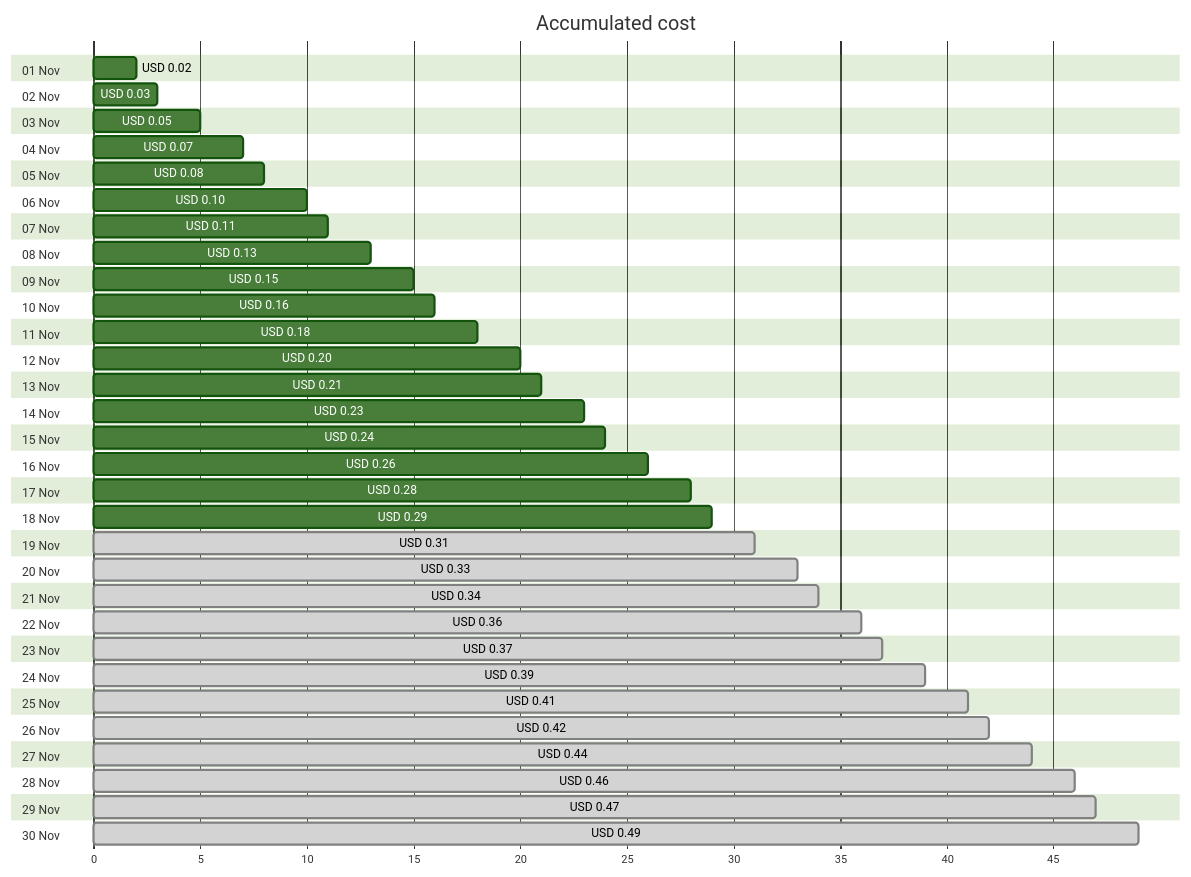
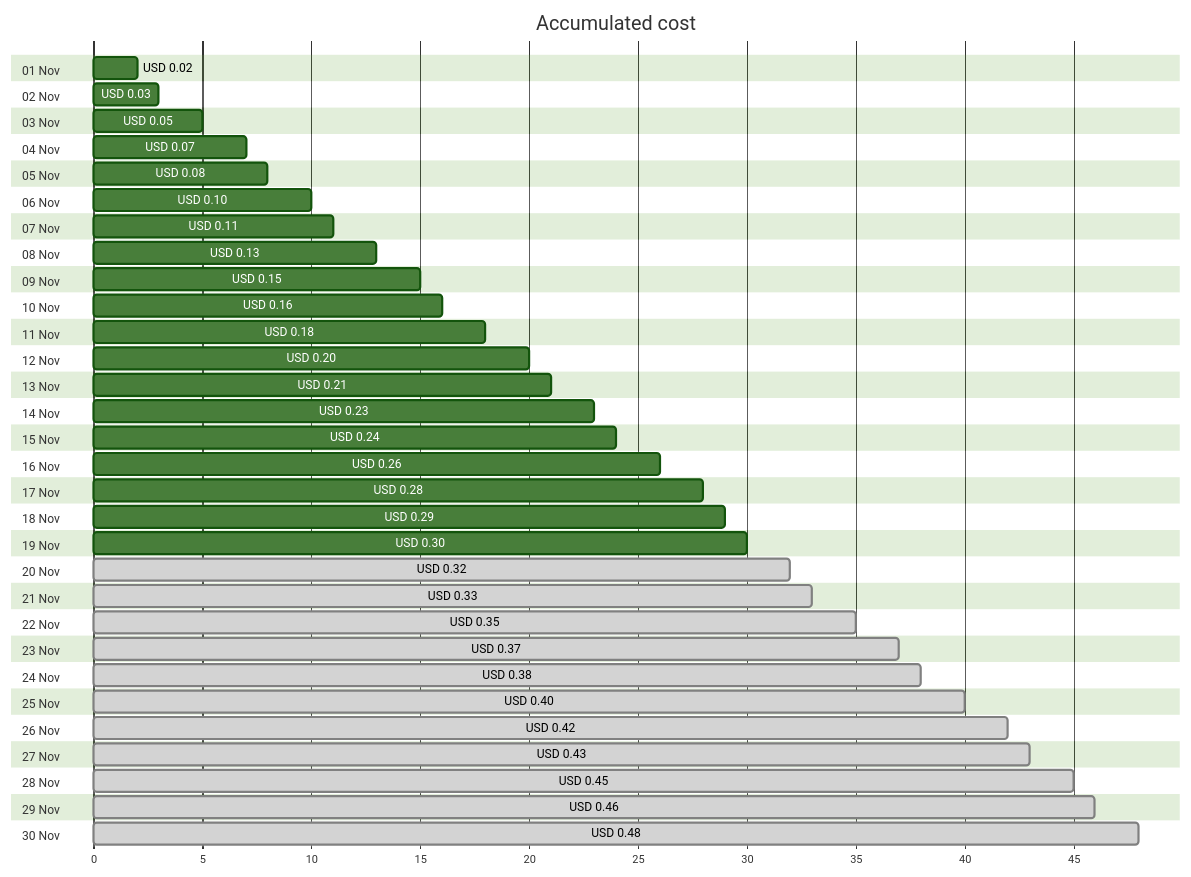
The first of 4 diagrams in cost-reports/personal-dns/jpatrickfulton.com.md (jpfulton/azure-personal-reports), drawn with Mermaid (forest theme) before and after one commit. The commit also changed other lines of this file and 2 other files, not shown here.

````diff
--- a/cost-reports/personal-dns/jpatrickfulton.com.md
+++ b/cost-reports/personal-dns/jpatrickfulton.com.md
@@ -20,66 +20,66 @@
 ```mermaid
 gantt
    title Accumulated cost
    dateFormat  X
    axisFormat %s
    section 01 Nov
    USD 0.02 :0, 2
    section 02 Nov
    USD 0.03 :0, 3
    section 03 Nov
    USD 0.05 :0, 5
    section 04 Nov
    USD 0.07 :0, 7
    section 05 Nov
    USD 0.08 :0, 8
    section 06 Nov
    USD 0.10 :0, 10
    section 07 Nov
    USD 0.11 :0, 11
    section 08 Nov
    USD 0.13 :0, 13
    section 09 Nov
    USD 0.15 :0, 15
    section 10 Nov
    USD 0.16 :0, 16
    section 11 Nov
    USD 0.18 :0, 18
    section 12 Nov
    USD 0.20 :0, 20
    section 13 Nov
    USD 0.21 :0, 21
    section 14 Nov
    USD 0.23 :0, 23
    section 15 Nov
    USD 0.24 :0, 24
    section 16 Nov
    USD 0.26 :0, 26
    section 17 Nov
    USD 0.28 :0, 28
    section 18 Nov
    USD 0.29 :0, 29
    section 19 Nov
-   USD 0.31 : done, 0, 31
+   USD 0.30 :0, 30
    section 20 Nov
+   USD 0.32 : done, 0, 32
+   section 21 Nov
    USD 0.33 : done, 0, 33
-   section 21 Nov
-   USD 0.34 : done, 0, 34
    section 22 Nov
-   USD 0.36 : done, 0, 36
+   USD 0.35 : done, 0, 35
    section 23 Nov
    USD 0.37 : done, 0, 37
    section 24 Nov
-   USD 0.39 : done, 0, 39
+   USD 0.38 : done, 0, 38
    section 25 Nov
-   USD 0.41 : done, 0, 41
+   USD 0.40 : done, 0, 40
    section 26 Nov
    USD 0.42 : done, 0, 42
    section 27 Nov
-   USD 0.44 : done, 0, 44
+   USD 0.43 : done, 0, 43
    section 28 Nov
+   USD 0.45 : done, 0, 45
+   section 29 Nov
    USD 0.46 : done, 0, 46
-   section 29 Nov
-   USD 0.47 : done, 0, 47
    section 30 Nov
-   USD 0.49 : done, 0, 49
+   USD 0.48 : done, 0, 48
 ```
````
